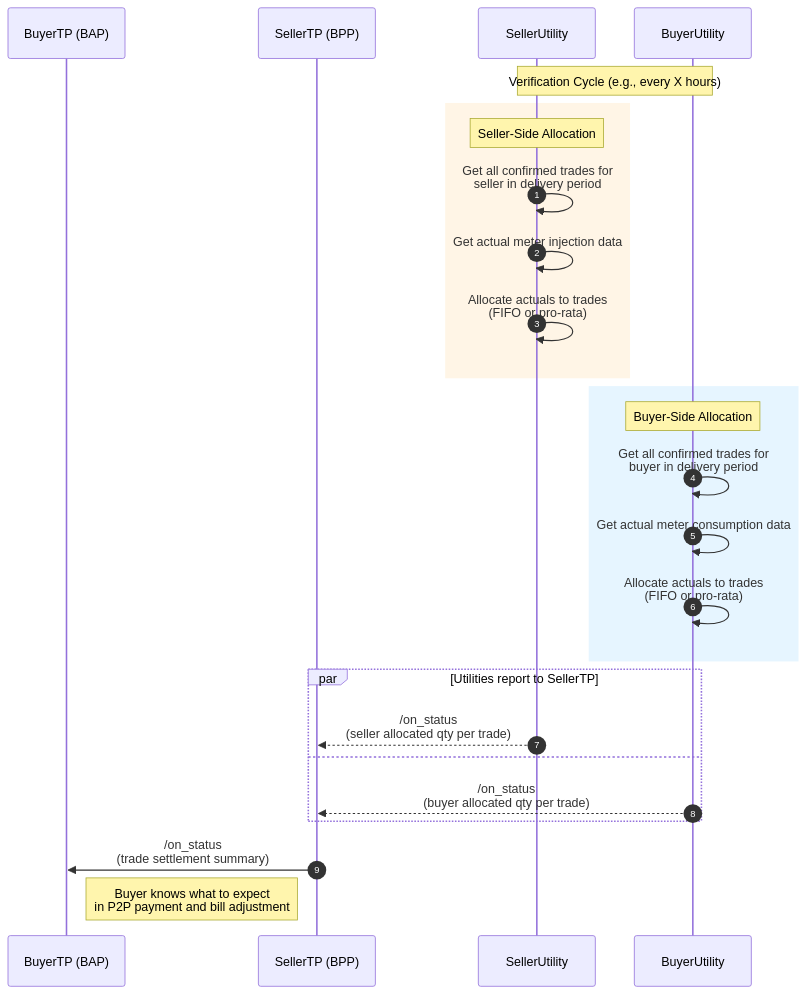
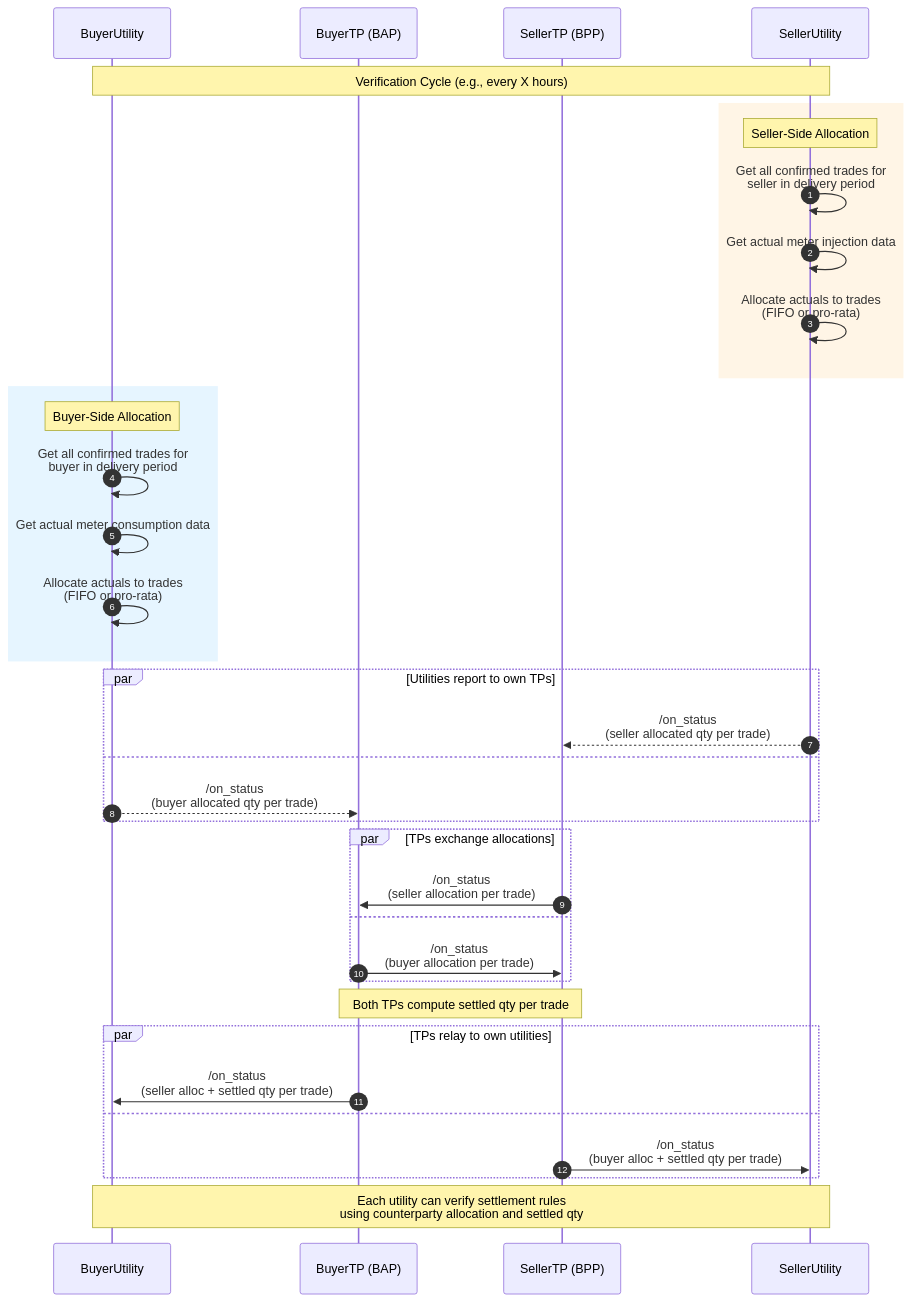
One commit to areebahmeddd/digital-energy-grid changed the eighth of 10 diagrams in docs/implementation-guides/v2/P2P_Trading/Inter_energy_retailer_P2P_trading_altarch_draft.md. Above: the diagram before and after it, drawn with Mermaid. The commit also changed other lines of this file, not shown here.

Commit message:
update seq diagram

````diff
--- a/docs/implementation-guides/v2/P2P_Trading/Inter_energy_retailer_P2P_trading_altarch_draft.md
+++ b/docs/implementation-guides/v2/P2P_Trading/Inter_energy_retailer_P2P_trading_altarch_draft.md
@@ -375,33 +397,46 @@
 ```mermaid
 sequenceDiagram
     autonumber
+    participant BuyerUtility as BuyerUtility
     participant BuyerTP as BuyerTP (BAP)
     participant SellerTP as SellerTP (BPP)
     participant SellerUtility as SellerUtility
-    participant BuyerUtility as BuyerUtility
 
-    Note over SellerUtility,BuyerUtility: Verification Cycle (e.g., every X hours)
+    Note over BuyerUtility,SellerUtility: Verification Cycle (e.g., every X hours)
 
     rect rgb(255, 245, 230)
     Note over SellerUtility: Seller-Side Allocation
     SellerUtility->>SellerUtility: Get all confirmed trades for<br/>seller in delivery period
     SellerUtility->>SellerUtility: Get actual meter injection data
     SellerUtility->>SellerUtility: Allocate actuals to trades<br/>(FIFO or pro-rata)
     end
 
     rect rgb(230, 245, 255)
     Note over BuyerUtility: Buyer-Side Allocation
     BuyerUtility->>BuyerUtility: Get all confirmed trades for<br/>buyer in delivery period
     BuyerUtility->>BuyerUtility: Get actual meter consumption data
     BuyerUtility->>BuyerUtility: Allocate actuals to trades<br/>(FIFO or pro-rata)
     end
 
-    par Utilities report to SellerTP
+    par Utilities report to own TPs
         SellerUtility-->>SellerTP: /on_status<br/>(seller allocated qty per trade)
     and
-        BuyerUtility-->>SellerTP: /on_status<br/>(buyer allocated qty per trade)
+        BuyerUtility-->>BuyerTP: /on_status<br/>(buyer allocated qty per trade)
     end
 
-    SellerTP->>BuyerTP: /on_status<br/>(trade settlement summary)
-    Note right of BuyerTP: Buyer knows what to expect<br/>in P2P payment and bill adjustment
+    par TPs exchange allocations
+        SellerTP->>BuyerTP: /on_status<br/>(seller allocation per trade)
+    and
+        BuyerTP->>SellerTP: /on_status<br/>(buyer allocation per trade)
+    end
+
+    Note over BuyerTP,SellerTP: Both TPs compute settled qty per trade
+
+    par TPs relay to own utilities
+        BuyerTP->>BuyerUtility: /on_status<br/>(seller alloc + settled qty per trade)
+    and
+        SellerTP->>SellerUtility: /on_status<br/>(buyer alloc + settled qty per trade)
+    end
+
+    Note over BuyerUtility,SellerUtility: Each utility can verify settlement rules<br/>using counterparty allocation and settled qty
 ```
````
